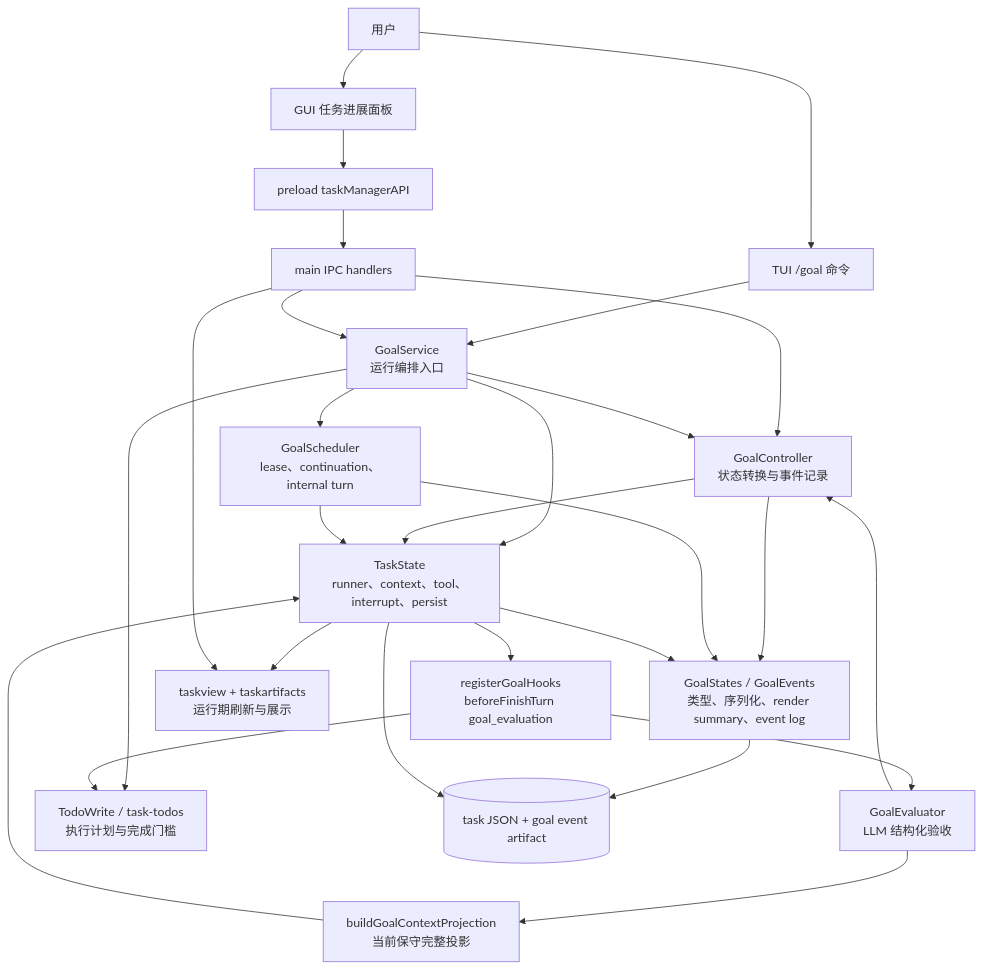
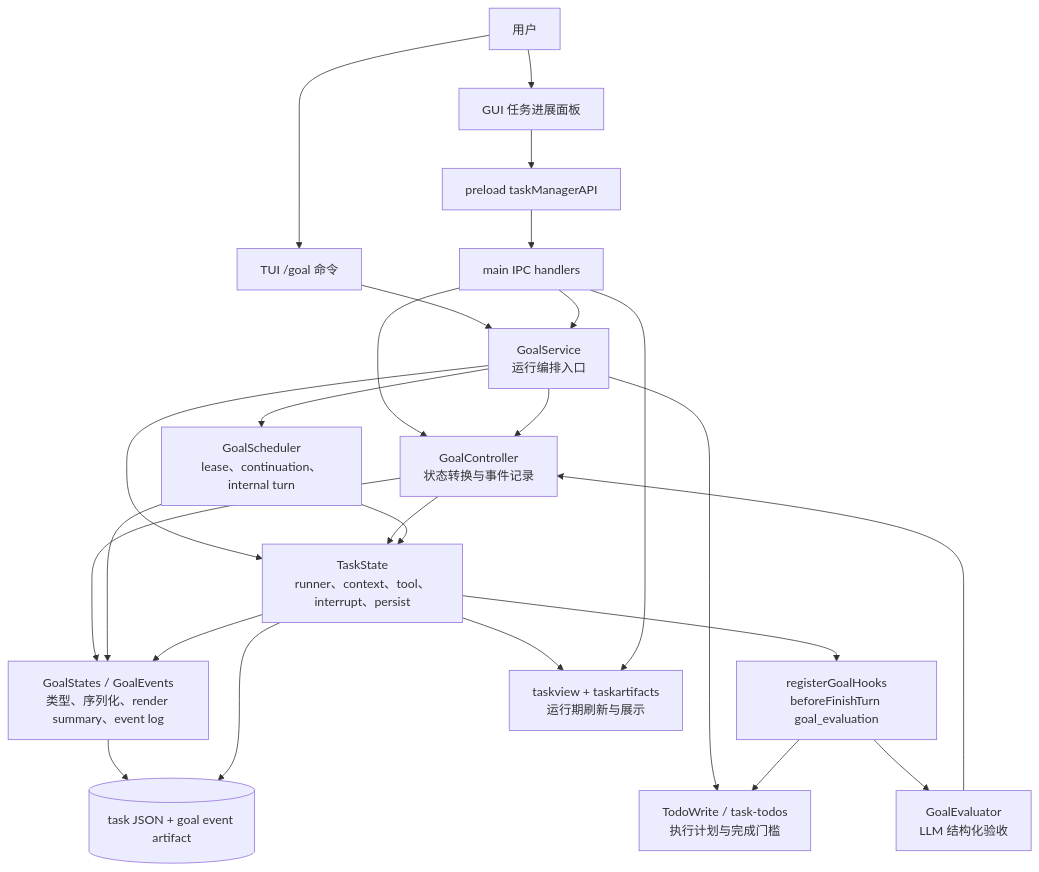
The first of 4 diagrams in docs/specifications/goal/architecture-and-interfaces.md (ChaowuBest/opendesk-web), drawn with Mermaid before and after one commit. The commit also changed other lines of this file and 40 other files, not shown here.

Commit message:
refactor: simplify goal summary flow

````diff
--- a/docs/specifications/goal/architecture-and-interfaces.md
+++ b/docs/specifications/goal/architecture-and-interfaces.md
@@ -23,50 +23,47 @@
 ```mermaid
 flowchart TB
     User[用户]
     TUI[TUI /goal 命令]
     GUI[GUI 任务进展面板]
     Preload[preload taskManagerAPI]
     IPC[main IPC handlers]
 
     Service[GoalService\n运行编排入口]
     Controller[GoalController\n状态转换与事件记录]
     State[GoalStates / GoalEvents\n类型、序列化、render summary、event log]
     Scheduler[GoalScheduler\nlease、continuation、internal turn]
 
     Task[TaskState\nrunner、context、tool、interrupt、persist]
     Hook[registerGoalHooks\nbeforeFinishTurn goal_evaluation]
     Evaluator[GoalEvaluator\nLLM 结构化验收]
-    Projection[buildGoalContextProjection\n当前保守完整投影]
     Todo[TodoWrite / task-todos\n执行计划与完成门槛]
     Renderer[taskview + taskartifacts\n运行期刷新与展示]
     Storage[(task JSON + goal event artifact)]
 
     User --> TUI
     User --> GUI
     GUI --> Preload --> IPC
     TUI --> Service
     IPC --> Service
     IPC --> Controller
 
     Service --> Controller
     Service --> Scheduler
     Service --> Todo
     Service --> Task
     Controller --> State
     Controller --> Task
     Scheduler --> State
     Scheduler --> Task
 
     Task --> Hook
     Hook --> Todo
     Hook --> Evaluator
-    Evaluator --> Projection
     Evaluator --> Controller
-    Projection --> Task
 
     Task --> State
     State --> Storage
     Task --> Storage
     Task --> Renderer
     IPC --> Renderer
 ```
````
